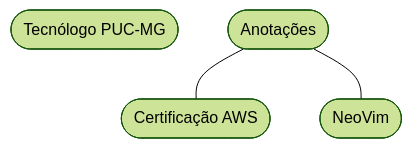
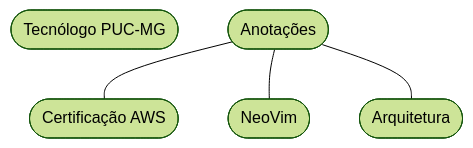
The diagram in docs/01-intro.mdx (brunoruas2/ciencia_computacao), drawn with Mermaid (forest theme) before and after one commit. The commit also changed 5 other files, not shown here.

````diff
--- a/docs/01-intro.mdx
+++ b/docs/01-intro.mdx
@@ -9,15 +9,18 @@
 ```mermaid
 flowchart
 	A([Tecnólogo PUC-MG])
 	B([Anotações])
 	B1([Certificação AWS])
 	B2([NeoVim])
+    B3([Arquitetura])
 
 	B --- B1
     B --- B2
+    B --- B3
 
 	click A "puc/intro"
 	click B "category/cursos-livres"
 	click B1 "category/aws-skill-builder"
 	click B2 "category/neovim"
+    click B3 "category/arquitetura-de-software"
 ```
````
